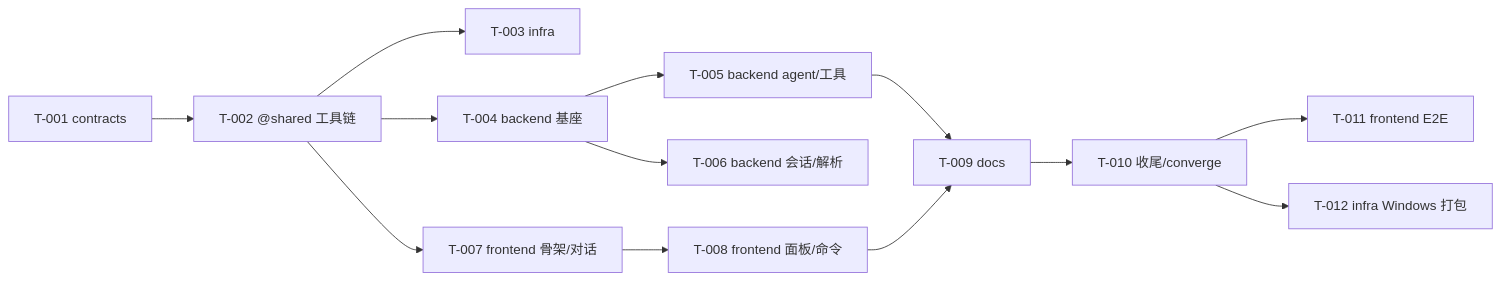
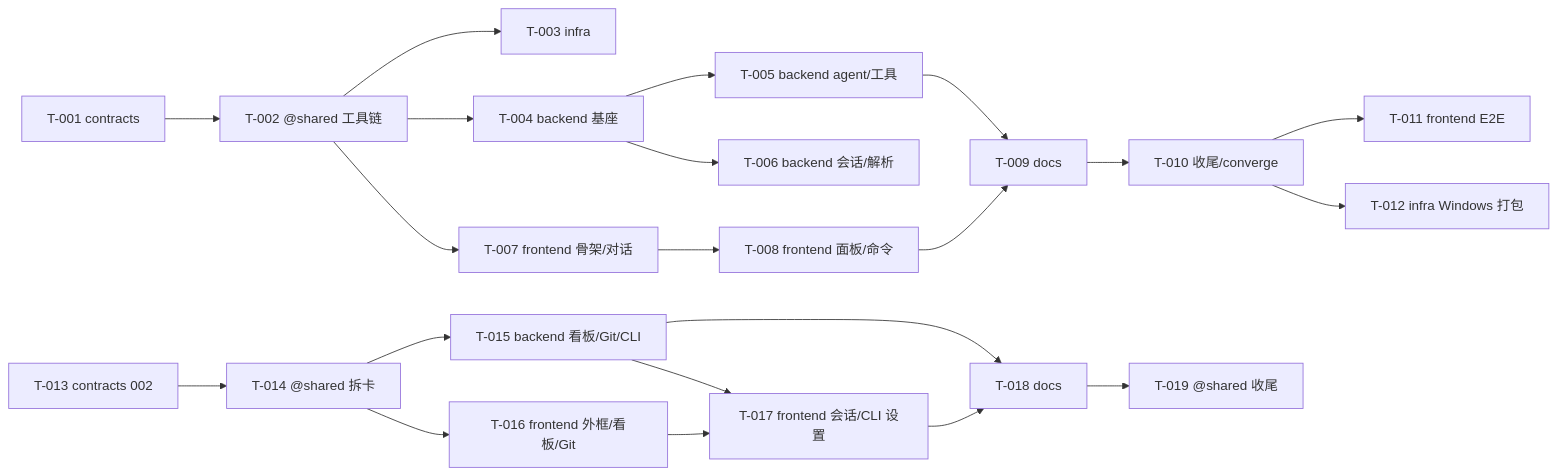
The diagram in docs/tasks/BOARD.md (Pizuu/ai-code-manager), drawn with Mermaid before and after one commit. The commit also changed other lines of this file and 7 other files, not shown here.

Commit message:
chore(shared): 功能 002 拆卡 T-013…T-019 与 BOARD 依赖图 (T104)

````diff
--- a/docs/tasks/BOARD.md
+++ b/docs/tasks/BOARD.md
@@ -24,15 +32,23 @@
 ```mermaid
 graph LR
   T001[T-001 contracts] --> T002[T-002 @shared 工具链]
   T002 --> T003[T-003 infra]
   T002 --> T004[T-004 backend 基座]
   T004 --> T005[T-005 backend agent/工具]
   T004 --> T006[T-006 backend 会话/解析]
   T002 --> T007[T-007 frontend 骨架/对话]
   T007 --> T008[T-008 frontend 面板/命令]
   T005 --> T009[T-009 docs]
   T008 --> T009
   T009 --> T010[T-010 收尾/converge]
   T010 --> T011[T-011 frontend E2E]
   T010 --> T012[T-012 infra Windows 打包]
+  T013[T-013 contracts 002] --> T014[T-014 @shared 拆卡]
+  T014 --> T015[T-015 backend 看板/Git/CLI]
+  T014 --> T016[T-016 frontend 外框/看板/Git]
+  T015 --> T017[T-017 frontend 会话/CLI 设置]
+  T016 --> T017
+  T015 --> T018[T-018 docs]
+  T017 --> T018
+  T018 --> T019[T-019 @shared 收尾]
 ```
````
